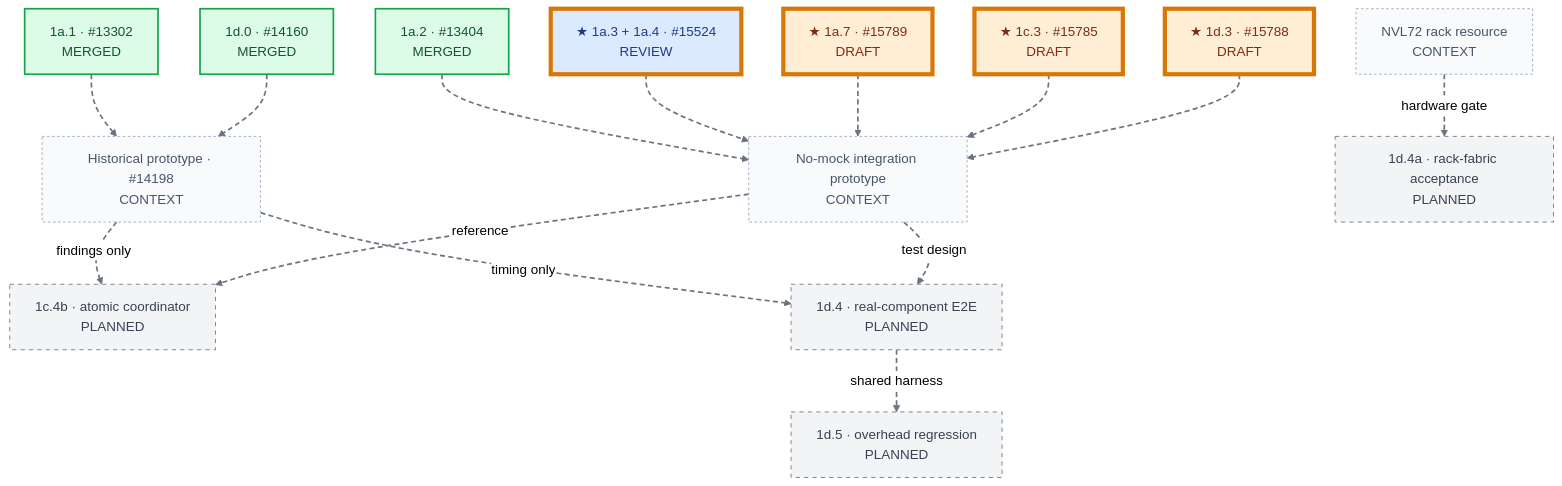
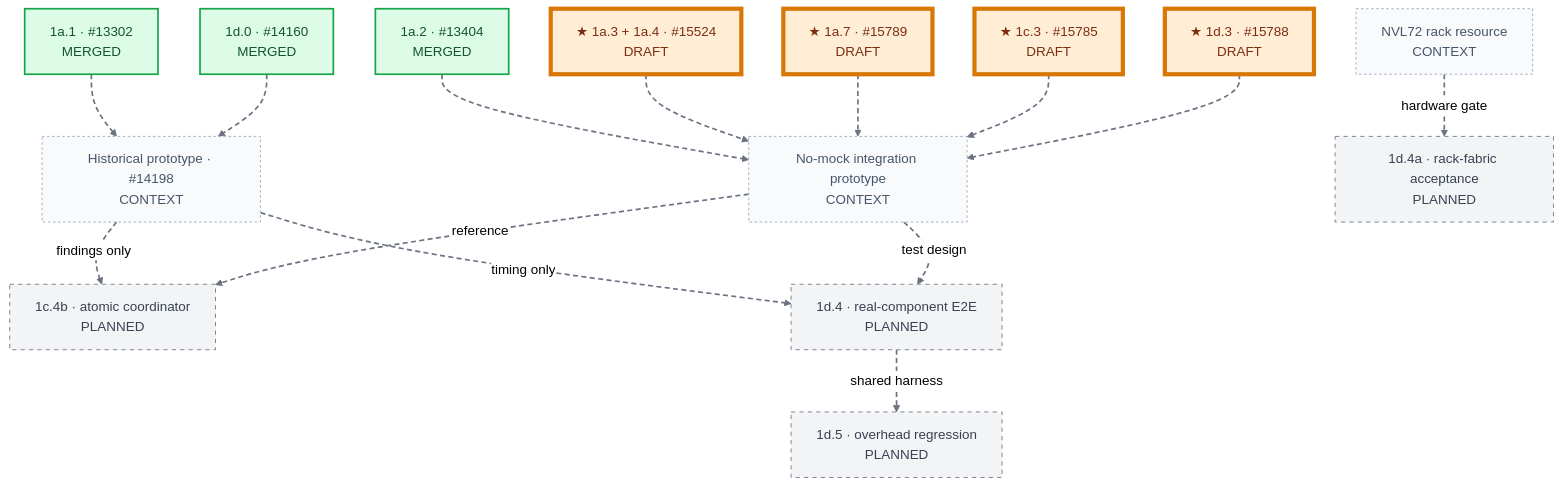
The eighth of 8 diagrams in docs/design/wide-ep-fault-tolerance/pr-execution/mvp-dependency-graph.md (chienchunhung/TensorRT-LLM), drawn with Mermaid (neutral theme) before and after one commit. The commit also changed other lines of this file, not shown here.

Commit message:
docs: add holistic MVP dependency graph

````diff
--- a/docs/design/wide-ep-fault-tolerance/pr-execution/mvp-dependency-graph.md
+++ b/docs/design/wide-ep-fault-tolerance/pr-execution/mvp-dependency-graph.md
@@ -309,47 +441,46 @@
 ```mermaid
 flowchart TB
     A1_1["1a.1 · #13302<br/>MERGED"]
     A1_2["1a.2 · #13404<br/>MERGED"]
     D1_0["1d.0 · #14160<br/>MERGED"]
-    A1_34["★ 1a.3 + 1a.4 · #15524<br/>REVIEW"]
+    A1_34["★ 1a.3 + 1a.4 · #15524<br/>DRAFT"]
     A1_7["★ 1a.7 · #15789<br/>DRAFT"]
     C1_3["★ 1c.3 · #15785<br/>DRAFT"]
     D1_3["★ 1d.3 · #15788<br/>DRAFT"]
     OLD_PROTO["Historical prototype · #14198<br/>CONTEXT"]
     NEW_PROTO["No-mock integration prototype<br/>CONTEXT"]
     NVL72_RESOURCE["NVL72 rack resource<br/>CONTEXT"]
     C1_4B["1c.4b · atomic coordinator<br/>PLANNED"]
     D1_4["1d.4 · real-component E2E<br/>PLANNED"]
     D1_4A["1d.4a · rack-fabric acceptance<br/>PLANNED"]
     D1_5["1d.5 · overhead regression<br/>PLANNED"]
 
     D1_4 -.->|shared harness| D1_5
     A1_1 -.-> OLD_PROTO
     D1_0 -.-> OLD_PROTO
     OLD_PROTO -.->|findings only| C1_4B
     OLD_PROTO -.->|timing only| D1_4
     A1_2 -.-> NEW_PROTO
     A1_34 -.-> NEW_PROTO
     A1_7 -.-> NEW_PROTO
     C1_3 -.-> NEW_PROTO
     D1_3 -.-> NEW_PROTO
     NEW_PROTO -.->|reference| C1_4B
     NEW_PROTO -.->|test design| D1_4
     NVL72_RESOURCE -.->|hardware gate| D1_4A
 
     linkStyle default stroke:#6b7280,stroke-width:2px,stroke-dasharray:6 4;
 
     classDef merged fill:#dcfce7,stroke:#16a34a,color:#14532d,stroke-width:2px;
     classDef draft fill:#ffedd5,stroke:#f97316,color:#7c2d12,stroke-width:2px;
     classDef reviewing fill:#dbeafe,stroke:#2563eb,color:#1e3a8a,stroke-width:2px;
     classDef planned fill:#f3f4f6,stroke:#6b7280,color:#374151,stroke-dasharray:5 5;
     classDef context fill:#f8fafc,stroke:#94a3b8,color:#475569,stroke-dasharray:3 3;
     classDef candidate stroke:#d97706,stroke-width:5px,stroke-dasharray:0;
 
     class A1_1,A1_2,D1_0 merged;
-    class A1_7,C1_3,D1_3 draft;
-    class A1_34 reviewing;
+    class A1_34,A1_7,C1_3,D1_3 draft;
     class C1_4B,D1_4,D1_4A,D1_5 planned;
     class OLD_PROTO,NEW_PROTO,NVL72_RESOURCE context;
     class A1_34,A1_7,C1_3,D1_3 candidate;
 ```
````
